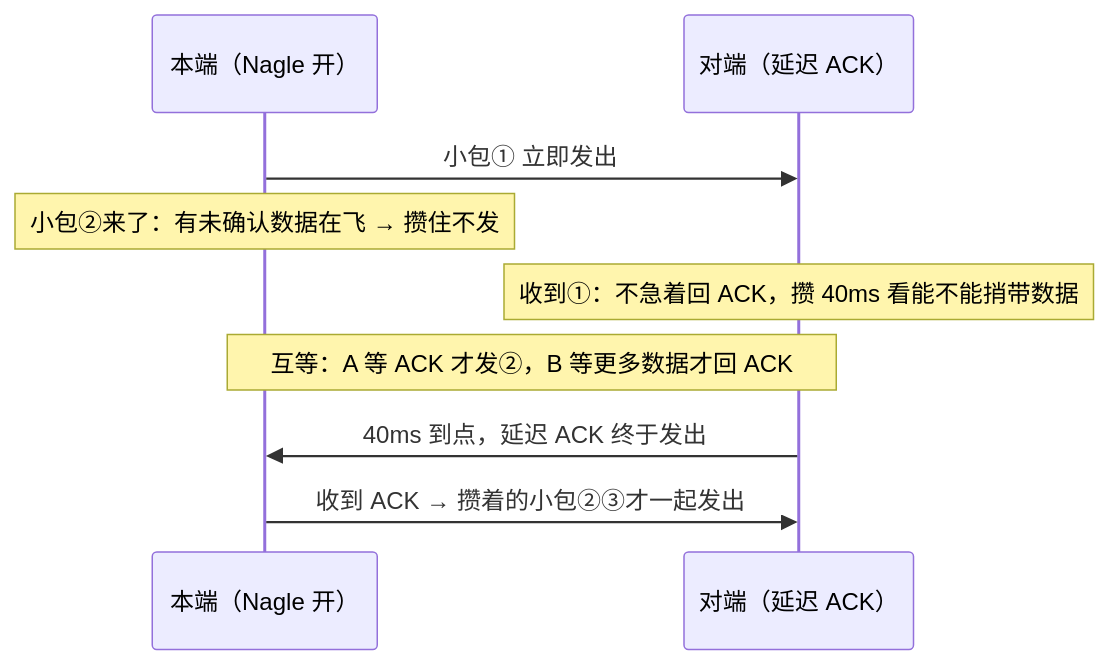
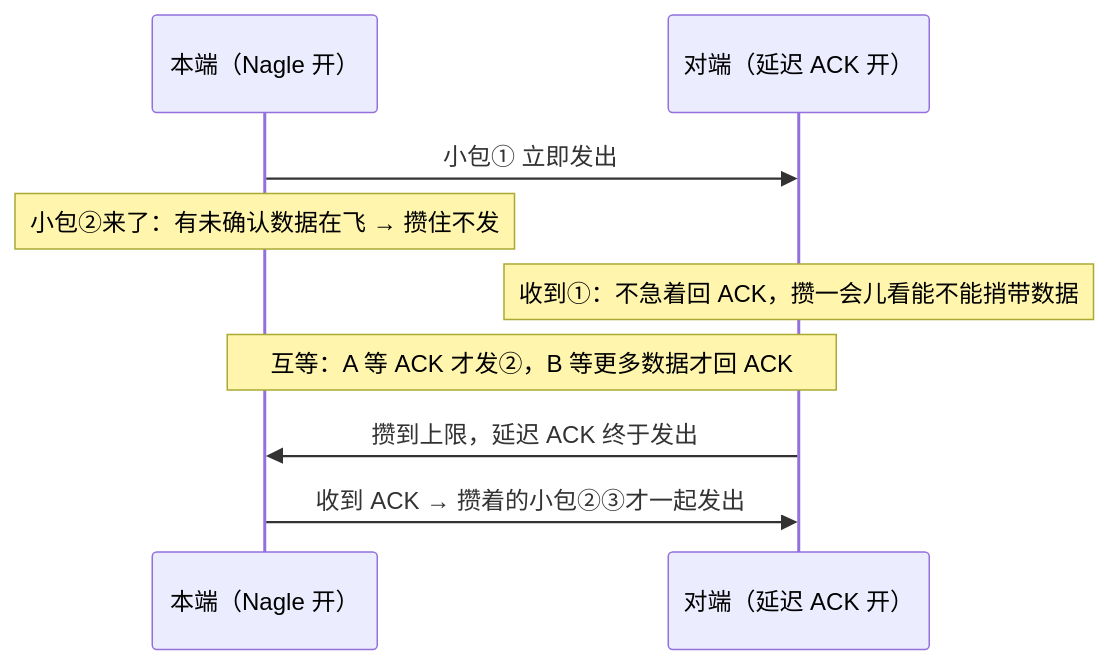
Before and after one commit to ml-cuizijun/LearnToLilith: the sixth of 9 diagrams in 01-基础底座/13-TCP与UDP/知识点.md, drawn with Mermaid. The commit also changed other lines of this file, not shown here.

````diff
--- a/01-基础底座/13-TCP与UDP/知识点.md
+++ b/01-基础底座/13-TCP与UDP/知识点.md
@@ -548,11 +338,11 @@
 ```mermaid
 sequenceDiagram
     participant A as 本端（Nagle 开）
-    participant B as 对端（延迟 ACK）
+    participant B as 对端（延迟 ACK 开）
     A->>B: 小包① 立即发出
     Note over A: 小包②来了：有未确认数据在飞 → 攒住不发
-    Note over B: 收到①：不急着回 ACK，攒 40ms 看能不能捎带数据
+    Note over B: 收到①：不急着回 ACK，攒一会儿看能不能捎带数据
     Note over A,B: 互等：A 等 ACK 才发②，B 等更多数据才回 ACK
-    B->>A: 40ms 到点，延迟 ACK 终于发出
+    B->>A: 攒到上限，延迟 ACK 终于发出
     A->>B: 收到 ACK → 攒着的小包②③才一起发出
 ```
````
